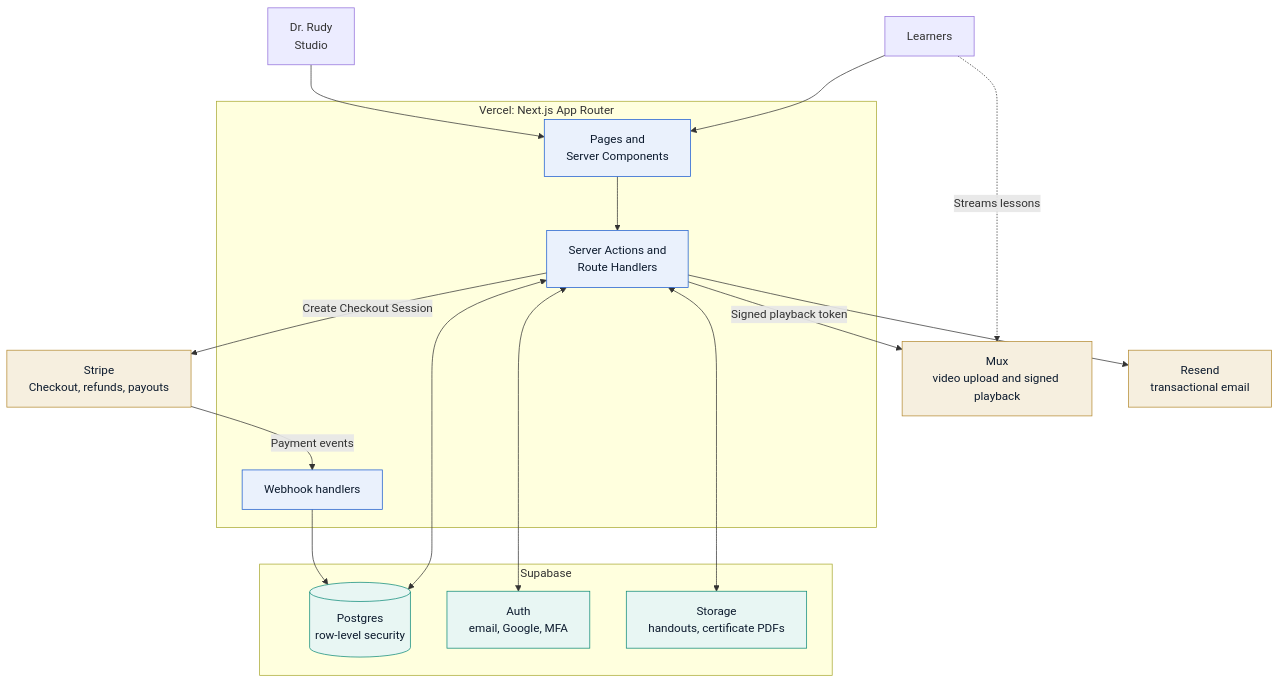
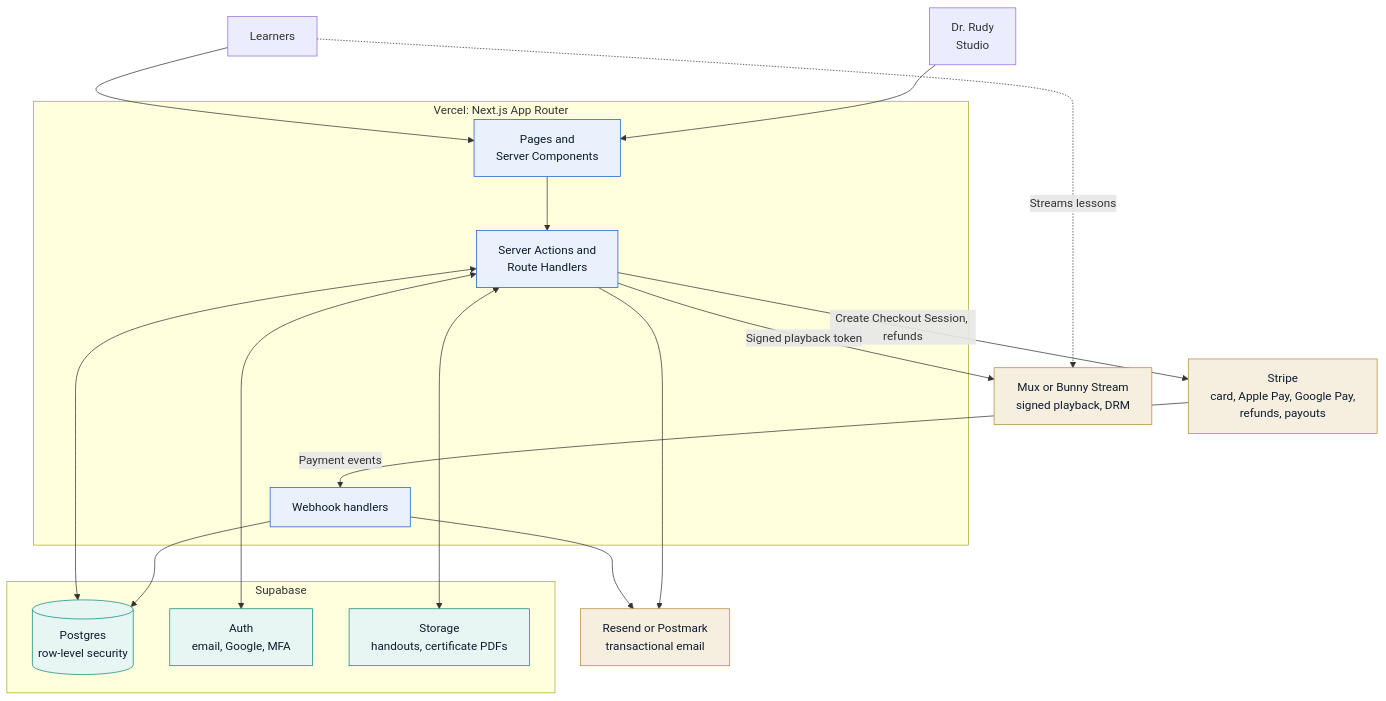
One commit to stevenGGG23/vr-radiology-certification changed the second of 4 diagrams in README.md. Above: the diagram before and after it, drawn with Mermaid. The commit also changed other lines of this file and 16 other files, not shown here.

First line of the commit message:
Add watch rules, wallet checkout, email workflows and production checklist

````diff
--- a/README.md
+++ b/README.md
@@ -91,41 +98,42 @@
 ```mermaid
 flowchart TB
   Learner["Learners"]
   Admin["Dr. Rudy<br/>Studio"]
 
   subgraph Vercel["Vercel: Next.js App Router"]
     Pages["Pages and<br/>Server Components"]
     Actions["Server Actions and<br/>Route Handlers"]
     Hooks["Webhook handlers"]
   end
 
   subgraph Supabase["Supabase"]
     DB[("Postgres<br/>row-level security")]
     Auth["Auth<br/>email, Google, MFA"]
     Files["Storage<br/>handouts, certificate PDFs"]
   end
 
-  Stripe["Stripe<br/>Checkout, refunds, payouts"]
-  Mux["Mux<br/>video upload and signed playback"]
-  Mail["Resend<br/>transactional email"]
+  Stripe["Stripe<br/>card, Apple Pay, Google Pay,<br/>refunds, payouts"]
+  Video["Mux or Bunny Stream<br/>signed playback, DRM"]
+  Mail["Resend or Postmark<br/>transactional email"]
 
   Learner --> Pages
   Admin --> Pages
   Pages --> Actions
   Actions <--> DB
   Actions <--> Auth
   Actions <--> Files
-  Actions -- "Create Checkout Session" --> Stripe
+  Actions -- "Create Checkout Session, refunds" --> Stripe
   Stripe -- "Payment events" --> Hooks
   Hooks --> DB
-  Actions -- "Signed playback token" --> Mux
-  Learner -. "Streams lessons" .-> Mux
+  Hooks --> Mail
+  Actions -- "Signed playback token" --> Video
+  Learner -. "Streams lessons" .-> Video
   Actions --> Mail
 
   classDef ext fill:#f6efdf,stroke:#b58b33,color:#0d1b2e
   classDef app fill:#eaf1fc,stroke:#1a5bd0,color:#0d1b2e
   classDef data fill:#e8f6f3,stroke:#0d8a78,color:#0d1b2e
-  class Stripe,Mux,Mail ext
+  class Stripe,Video,Mail ext
   class Pages,Actions,Hooks app
   class DB,Auth,Files data
 ```
````
